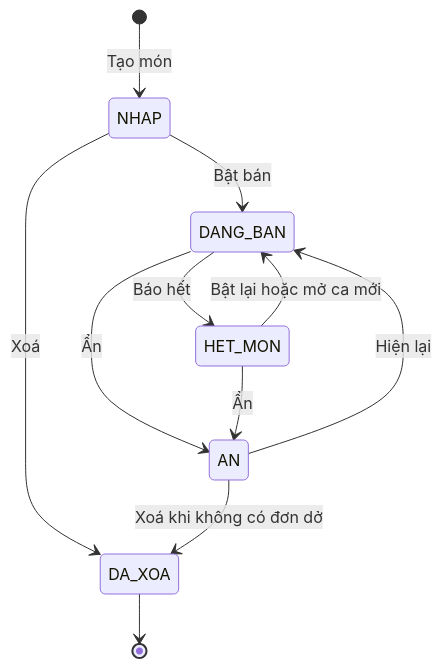
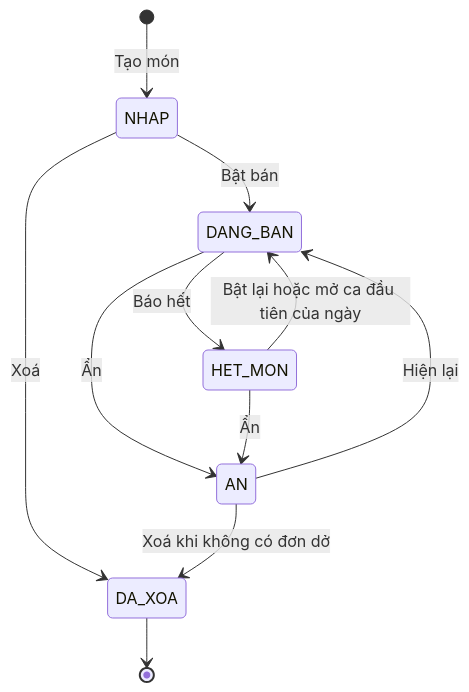
One commit to uxfoundation-vn/de06-quan-ly-don-tra-sua changed the first of 6 diagrams in docs/TN01-quan-ly-menu/SRS.md. Above: the diagram before and after it, drawn with Mermaid. The commit also changed other lines of this file and 8 other files, not shown here.

````diff
--- a/docs/TN01-quan-ly-menu/SRS.md
+++ b/docs/TN01-quan-ly-menu/SRS.md
@@ -47,13 +47,13 @@
 ```mermaid
 stateDiagram-v2
   [*] --> NHAP : Tạo món
   NHAP --> DANG_BAN : Bật bán
   DANG_BAN --> HET_MON : Báo hết
-  HET_MON --> DANG_BAN : Bật lại hoặc mở ca mới
+  HET_MON --> DANG_BAN : Bật lại hoặc mở ca đầu tiên của ngày
   DANG_BAN --> AN : Ẩn
   HET_MON --> AN : Ẩn
   AN --> DANG_BAN : Hiện lại
   NHAP --> DA_XOA : Xoá
   AN --> DA_XOA : Xoá khi không có đơn dở
   DA_XOA --> [*]
 ```
````
